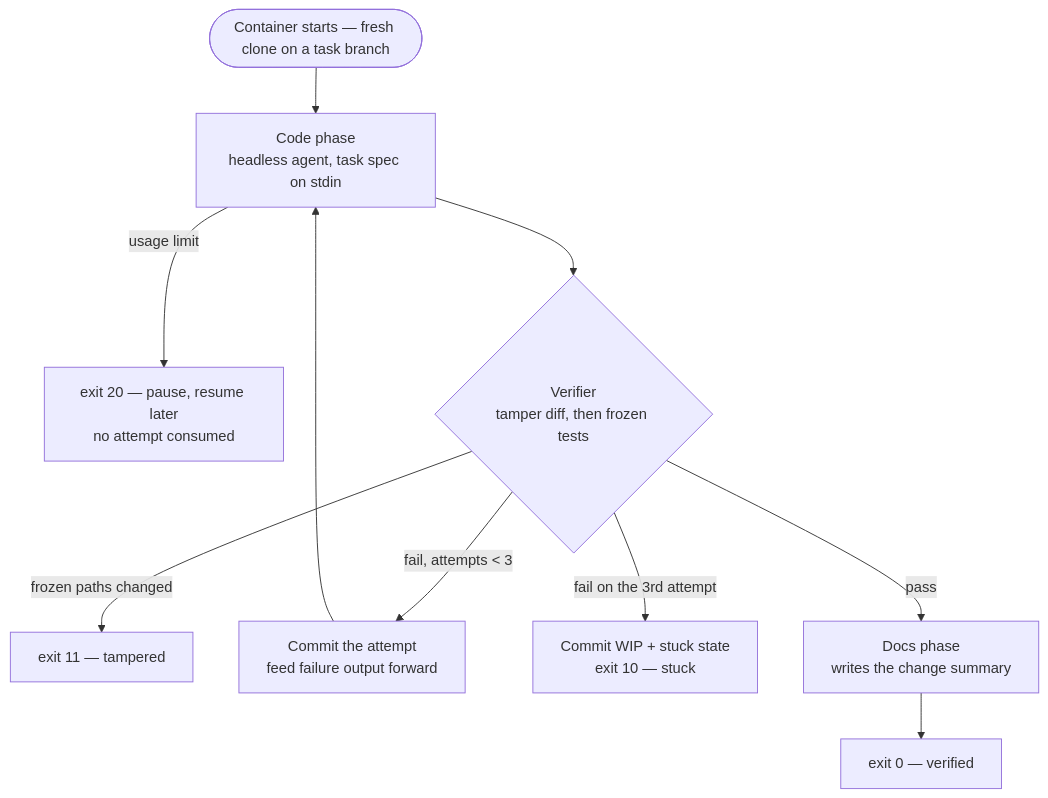
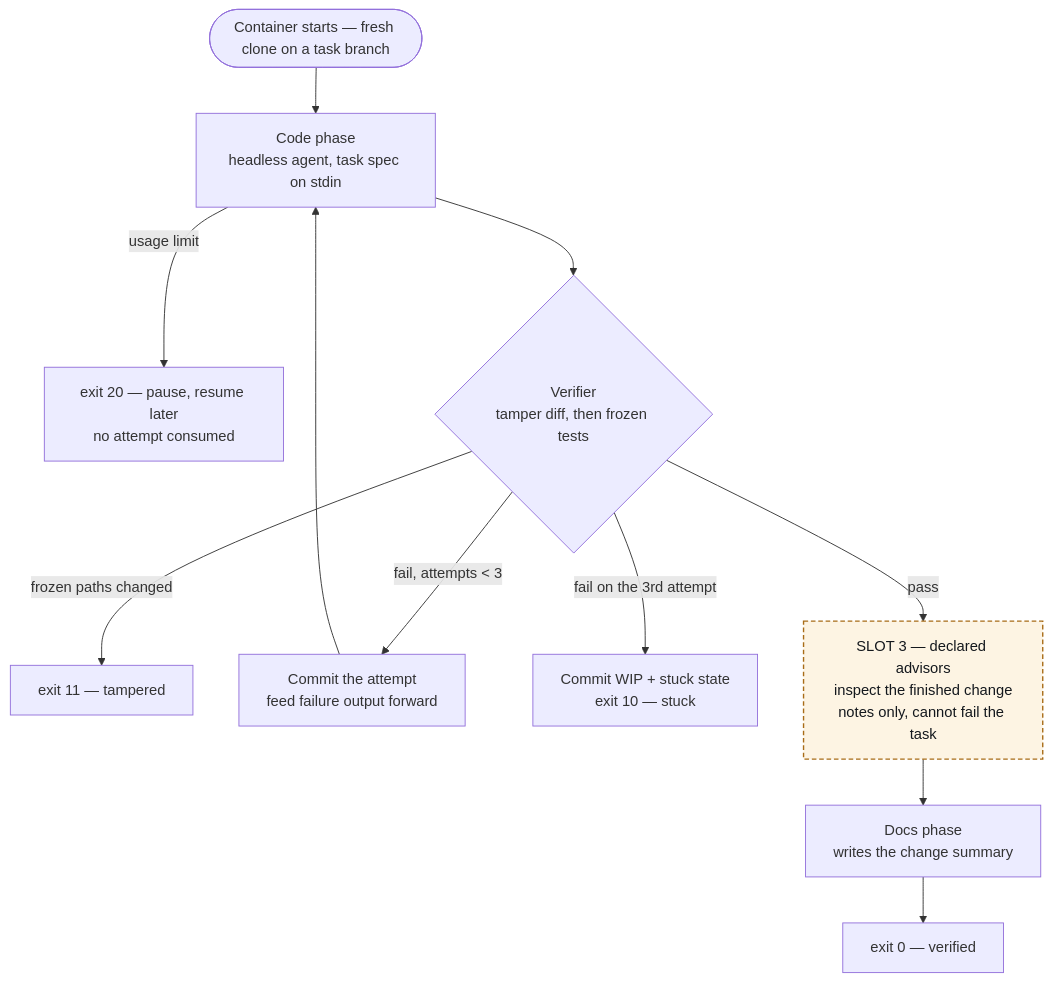
Before and after one commit to Chadleewalker/Multi-AgentPipelines: the second of 3 diagrams in docs/pipeline-diagram.md, drawn with Mermaid. The commit also changed other lines of this file, not shown here.

First line of the commit message:
docs: show the specialist slots in the diagrams

````diff
--- a/docs/pipeline-diagram.md
+++ b/docs/pipeline-diagram.md
@@ -32,12 +46,16 @@
 ```mermaid
 flowchart TB
   S(["Container starts — fresh clone on a task branch"]) --> C1["Code phase<br/>headless agent, task spec on stdin"]
   C1 -->|"usage limit"| RL["exit 20 — pause, resume later<br/>no attempt consumed"]
   C1 --> V{"Verifier<br/>tamper diff, then frozen tests"}
   V -->|"frozen paths changed"| TA["exit 11 — tampered"]
   V -->|"fail, attempts &lt; 3"| FB["Commit the attempt<br/>feed failure output forward"]
   FB --> C1
   V -->|"fail on the 3rd attempt"| ST["Commit WIP + stuck state<br/>exit 10 — stuck"]
-  V -->|"pass"| DP["Docs phase<br/>writes the change summary"]
+  V -->|"pass"| ADV["SLOT 3 — declared advisors<br/>inspect the finished change<br/>notes only, cannot fail the task"]
+  ADV --> DP["Docs phase<br/>writes the change summary"]
   DP --> OK["exit 0 — verified"]
+
+  classDef specialist fill:#fdf4e3,stroke:#a86c17,stroke-width:1.5px,stroke-dasharray:5 3,color:#14181d
+  class ADV specialist
 ```
````
